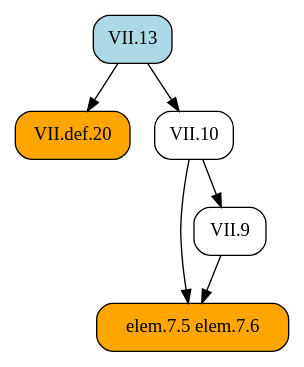
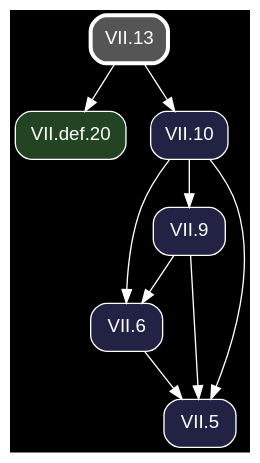
Before and after one commit to geometor/elements: the diagram in docsrc/heath/VII/13/index.rst, drawn with Graphviz. The commit also changed other lines of this file and 1200 other files, not shown here.

Commit message:
update dependency graphs

```diff
--- a/docsrc/heath/VII/13/index.rst
+++ b/docsrc/heath/VII/13/index.rst
@@ -44,16 +44,22 @@
 .. graphviz::
 
    digraph {
+     bgcolor="black";
+     node [shape=box, style="rounded,filled", fontname="Helvetica", color="white", fontcolor="white"];
+     edge [color="white", fontcolor="white"];
      rankdir="TB";
-     node [shape=box, style=rounded];
-     "VII.13" [style="rounded,filled", fillcolor=lightblue, URL="/heath/VII/13/", target="_top"];
-     "elem.7.5 elem.7.6" [style="rounded,filled", fillcolor=orange];
-     "VII.9" [URL="/heath/VII/9/", target="_top"];
-     "VII.def.20" [style="rounded,filled", fillcolor=orange, URL="/heath/VII/def.20/", target="_top"];
-     "VII.10" [URL="/heath/VII/10/", target="_top"];
-     "VII.9" -> "elem.7.5 elem.7.6";
-     "VII.10" -> "elem.7.5 elem.7.6";
+     "VII.def.20" [fillcolor="#224422", URL="/heath/VII/def.20/", target="_top"];
+     "VII.9" [fillcolor="#222244", URL="/heath/VII/9/", target="_top"];
+     "VII.13" [penwidth=3, color="white", fillcolor="#555555", URL="/heath/VII/13/", target="_top"];
+     "VII.10" [fillcolor="#222244", URL="/heath/VII/10/", target="_top"];
+     "VII.6" [fillcolor="#222244", URL="/heath/VII/6/", target="_top"];
+     "VII.5" [fillcolor="#222244", URL="/heath/VII/5/", target="_top"];
+     "VII.13" -> "VII.def.20";
      "VII.10" -> "VII.9";
-     "VII.13" -> "VII.def.20";
      "VII.13" -> "VII.10";
+     "VII.9" -> "VII.6";
+     "VII.10" -> "VII.6";
+     "VII.6" -> "VII.5";
+     "VII.9" -> "VII.5";
+     "VII.10" -> "VII.5";
    }
```
